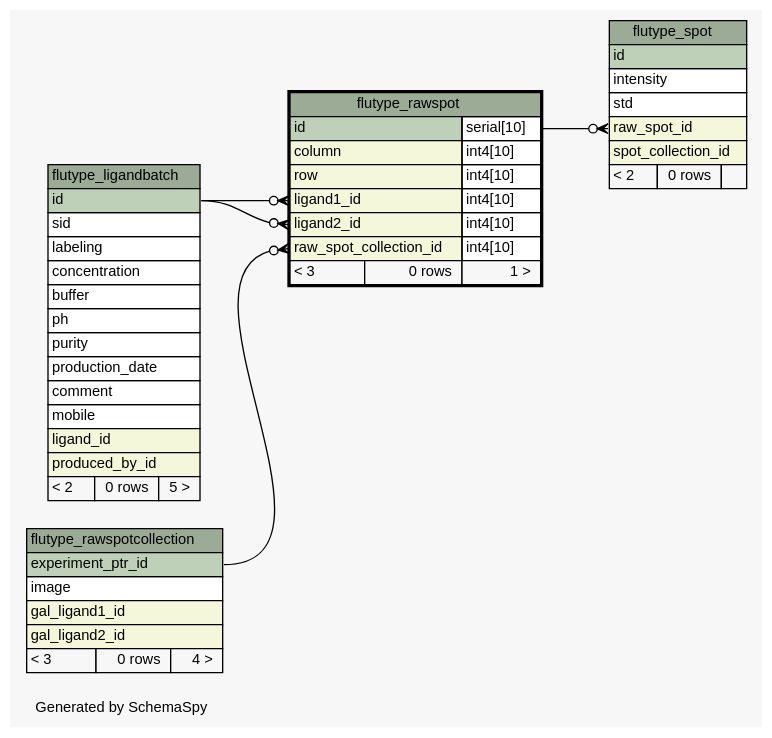
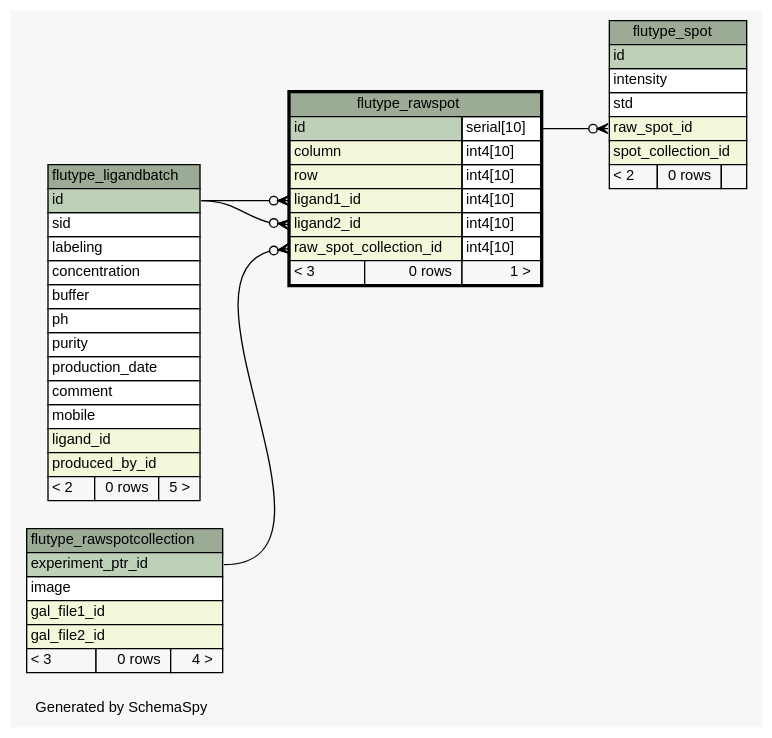
One commit to janekg89/flutype_webapp changed the diagram in docs/schema/diagrams/flutype_rawspot.1degree.dot. Above: the diagram before and after it, drawn with Graphviz. The commit also changed 127 other files, not shown here.

Commit message:
latest schema generated

```diff
--- a/docs/schema/diagrams/flutype_rawspot.1degree.dot
+++ b/docs/schema/diagrams/flutype_rawspot.1degree.dot
@@ -1,89 +1,89 @@
 // dot 2.38.0 on Linux 4.4.0-89-generic
 // SchemaSpy rev 590
 digraph "oneDegreeRelationshipsDiagram" {
   graph [
     rankdir="RL"
     bgcolor="#f7f7f7"
     label="\nGenerated by SchemaSpy"
     labeljust="l"
     nodesep="0.18"
     ranksep="0.46"
     fontname="Helvetica"
     fontsize="11"
   ];
   node [
     fontname="Helvetica"
     fontsize="11"
     shape="plaintext"
   ];
   edge [
     arrowsize="0.8"
   ];
   "flutype_rawspot":"ligand1_id":w -> "flutype_ligandbatch":"id":e [arrowhead=none dir=back arrowtail=crowodot];
   "flutype_rawspot":"ligand2_id":w -> "flutype_ligandbatch":"id":e [arrowhead=none dir=back arrowtail=crowodot];
   "flutype_rawspot":"raw_spot_collection_id":w -> "flutype_rawspotcollection":"experiment_ptr_id":e [arrowhead=none dir=back arrowtail=crowodot];
   "flutype_spot":"raw_spot_id":w -> "flutype_rawspot":"id.type":e [arrowhead=none dir=back arrowtail=crowodot];
   "flutype_ligandbatch" [
     label=<
     <TABLE BORDER="0" CELLBORDER="1" CELLSPACING="0" BGCOLOR="#ffffff">
       <TR><TD COLSPAN="3" BGCOLOR="#9bab96" ALIGN="CENTER">flutype_ligandbatch</TD></TR>
       <TR><TD PORT="id" COLSPAN="3" BGCOLOR="#bed1b8" ALIGN="LEFT">id</TD></TR>
       <TR><TD PORT="sid" COLSPAN="3" ALIGN="LEFT">sid</TD></TR>
       <TR><TD PORT="labeling" COLSPAN="3" ALIGN="LEFT">labeling</TD></TR>
       <TR><TD PORT="concentration" COLSPAN="3" ALIGN="LEFT">concentration</TD></TR>
       <TR><TD PORT="buffer" COLSPAN="3" ALIGN="LEFT">buffer</TD></TR>
       <TR><TD PORT="ph" COLSPAN="3" ALIGN="LEFT">ph</TD></TR>
       <TR><TD PORT="purity" COLSPAN="3" ALIGN="LEFT">purity</TD></TR>
       <TR><TD PORT="production_date" COLSPAN="3" ALIGN="LEFT">production_date</TD></TR>
       <TR><TD PORT="comment" COLSPAN="3" ALIGN="LEFT">comment</TD></TR>
       <TR><TD PORT="mobile" COLSPAN="3" ALIGN="LEFT">mobile</TD></TR>
       <TR><TD PORT="ligand_id" COLSPAN="3" BGCOLOR="#f4f7da" ALIGN="LEFT">ligand_id</TD></TR>
       <TR><TD PORT="produced_by_id" COLSPAN="3" BGCOLOR="#f4f7da" ALIGN="LEFT">produced_by_id</TD></TR>
       <TR><TD ALIGN="LEFT" BGCOLOR="#f7f7f7">&lt; 2</TD><TD ALIGN="RIGHT" BGCOLOR="#f7f7f7">0 rows</TD><TD ALIGN="RIGHT" BGCOLOR="#f7f7f7">5 &gt;</TD></TR>
     </TABLE>>
     URL="flutype_ligandbatch.html"
     tooltip="flutype_ligandbatch"
   ];
   "flutype_rawspot" [
     label=<
     <TABLE BORDER="2" CELLBORDER="1" CELLSPACING="0" BGCOLOR="#ffffff">
       <TR><TD COLSPAN="3" BGCOLOR="#9bab96" ALIGN="CENTER">flutype_rawspot</TD></TR>
       <TR><TD PORT="id" COLSPAN="2" BGCOLOR="#bed1b8" ALIGN="LEFT">id</TD><TD PORT="id.type" ALIGN="LEFT">serial[10]</TD></TR>
       <TR><TD PORT="column" COLSPAN="2" BGCOLOR="#f4f7da" ALIGN="LEFT">column</TD><TD PORT="column.type" ALIGN="LEFT">int4[10]</TD></TR>
       <TR><TD PORT="row" COLSPAN="2" BGCOLOR="#f4f7da" ALIGN="LEFT">row</TD><TD PORT="row.type" ALIGN="LEFT">int4[10]</TD></TR>
       <TR><TD PORT="ligand1_id" COLSPAN="2" BGCOLOR="#f4f7da" ALIGN="LEFT">ligand1_id</TD><TD PORT="ligand1_id.type" ALIGN="LEFT">int4[10]</TD></TR>
       <TR><TD PORT="ligand2_id" COLSPAN="2" BGCOLOR="#f4f7da" ALIGN="LEFT">ligand2_id</TD><TD PORT="ligand2_id.type" ALIGN="LEFT">int4[10]</TD></TR>
       <TR><TD PORT="raw_spot_collection_id" COLSPAN="2" BGCOLOR="#f4f7da" ALIGN="LEFT">raw_spot_collection_id</TD><TD PORT="raw_spot_collection_id.type" ALIGN="LEFT">int4[10]</TD></TR>
       <TR><TD ALIGN="LEFT" BGCOLOR="#f7f7f7">&lt; 3</TD><TD ALIGN="RIGHT" BGCOLOR="#f7f7f7">0 rows</TD><TD ALIGN="RIGHT" BGCOLOR="#f7f7f7">1 &gt;</TD></TR>
     </TABLE>>
     URL="flutype_rawspot.html"
     tooltip="flutype_rawspot"
   ];
   "flutype_rawspotcollection" [
     label=<
     <TABLE BORDER="0" CELLBORDER="1" CELLSPACING="0" BGCOLOR="#ffffff">
       <TR><TD COLSPAN="3" BGCOLOR="#9bab96" ALIGN="CENTER">flutype_rawspotcollection</TD></TR>
       <TR><TD PORT="experiment_ptr_id" COLSPAN="3" BGCOLOR="#bed1b8" ALIGN="LEFT">experiment_ptr_id</TD></TR>
       <TR><TD PORT="image" COLSPAN="3" ALIGN="LEFT">image</TD></TR>
-      <TR><TD PORT="gal_ligand1_id" COLSPAN="3" BGCOLOR="#f4f7da" ALIGN="LEFT">gal_ligand1_id</TD></TR>
-      <TR><TD PORT="gal_ligand2_id" COLSPAN="3" BGCOLOR="#f4f7da" ALIGN="LEFT">gal_ligand2_id</TD></TR>
+      <TR><TD PORT="gal_file1_id" COLSPAN="3" BGCOLOR="#f4f7da" ALIGN="LEFT">gal_file1_id</TD></TR>
+      <TR><TD PORT="gal_file2_id" COLSPAN="3" BGCOLOR="#f4f7da" ALIGN="LEFT">gal_file2_id</TD></TR>
       <TR><TD ALIGN="LEFT" BGCOLOR="#f7f7f7">&lt; 3</TD><TD ALIGN="RIGHT" BGCOLOR="#f7f7f7">0 rows</TD><TD ALIGN="RIGHT" BGCOLOR="#f7f7f7">4 &gt;</TD></TR>
     </TABLE>>
     URL="flutype_rawspotcollection.html"
     tooltip="flutype_rawspotcollection"
   ];
   "flutype_spot" [
     label=<
     <TABLE BORDER="0" CELLBORDER="1" CELLSPACING="0" BGCOLOR="#ffffff">
       <TR><TD COLSPAN="3" BGCOLOR="#9bab96" ALIGN="CENTER">flutype_spot</TD></TR>
       <TR><TD PORT="id" COLSPAN="3" BGCOLOR="#bed1b8" ALIGN="LEFT">id</TD></TR>
       <TR><TD PORT="intensity" COLSPAN="3" ALIGN="LEFT">intensity</TD></TR>
       <TR><TD PORT="std" COLSPAN="3" ALIGN="LEFT">std</TD></TR>
       <TR><TD PORT="raw_spot_id" COLSPAN="3" BGCOLOR="#f4f7da" ALIGN="LEFT">raw_spot_id</TD></TR>
       <TR><TD PORT="spot_collection_id" COLSPAN="3" BGCOLOR="#f4f7da" ALIGN="LEFT">spot_collection_id</TD></TR>
       <TR><TD ALIGN="LEFT" BGCOLOR="#f7f7f7">&lt; 2</TD><TD ALIGN="RIGHT" BGCOLOR="#f7f7f7">0 rows</TD><TD ALIGN="RIGHT" BGCOLOR="#f7f7f7">  </TD></TR>
     </TABLE>>
     URL="flutype_spot.html"
     tooltip="flutype_spot"
   ];
 }
```
